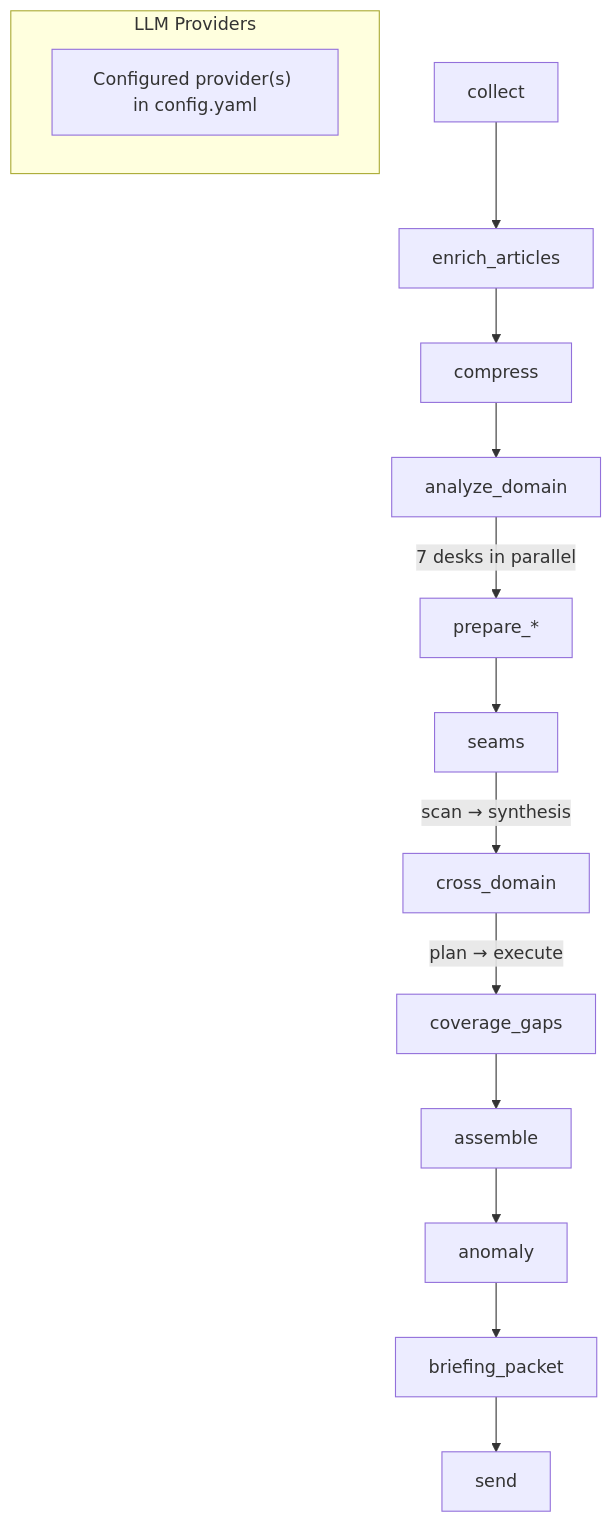
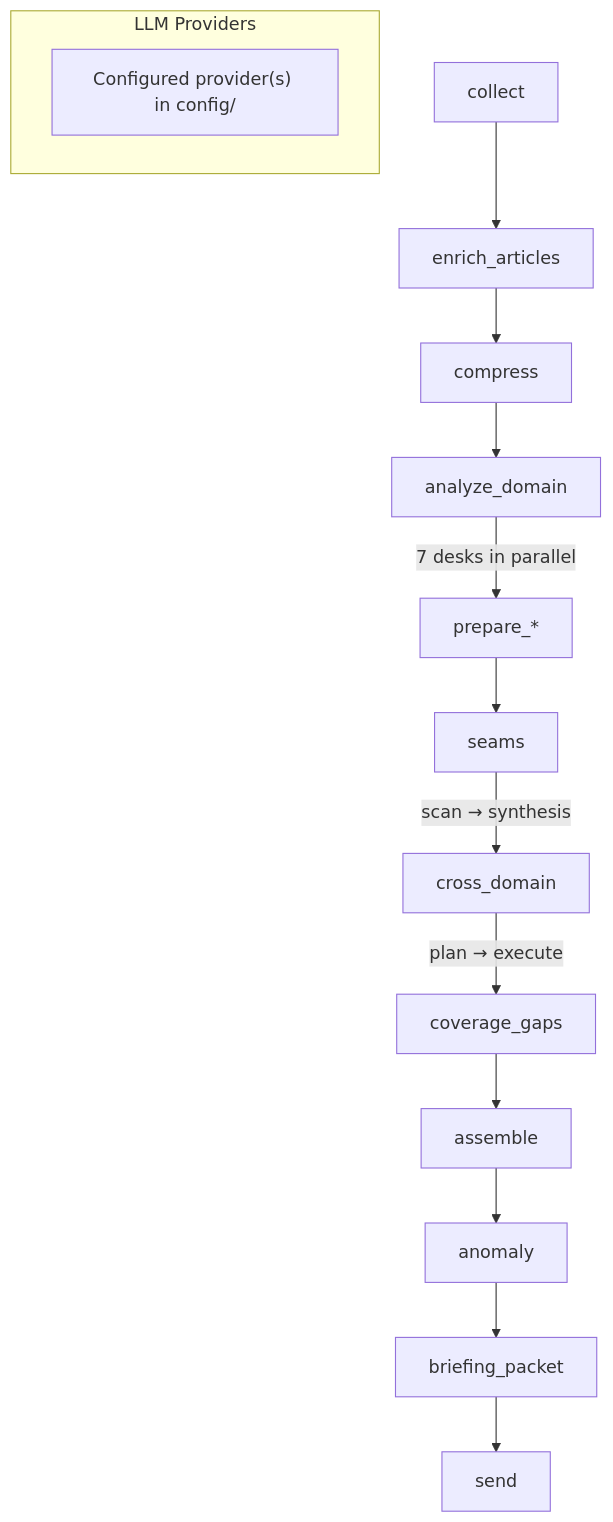
Before and after one commit to Aaron-Fine/morning-briefing: the second of 2 diagrams in README.md, drawn with Mermaid. The commit also changed other lines of this file and 26 other files, not shown here.

Commit message:
refactor: config-driven models and spiritual flow

````diff
--- a/README.md
+++ b/README.md
@@ -57,18 +57,18 @@
 ```mermaid
 graph TD
     collect --> enrich_articles
     enrich_articles --> compress
     compress --> analyze_domain
     analyze_domain -->|"7 desks in parallel"| prepare["prepare_*"]
     prepare --> seams
     seams -->|"scan → synthesis"| cross_domain
     cross_domain -->|"plan → execute"| coverage_gaps
     coverage_gaps --> assemble
     assemble --> anomaly
     anomaly --> briefing_packet
     briefing_packet --> send
 
     subgraph LLM Providers
-        CFG["Configured provider(s) in config.yaml"]
+        CFG["Configured provider(s) in config/"]
     end
 ```
````
